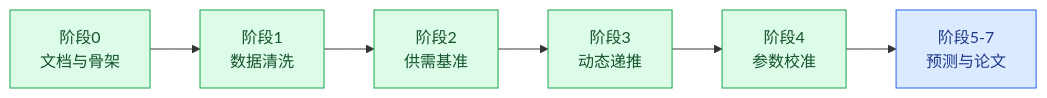
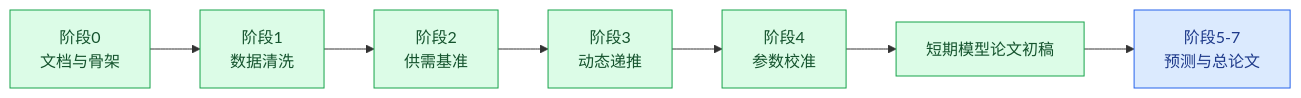
Before and after one commit to Timcai06/-A-: the diagram in docs/00_文档导航.md, drawn with Mermaid. The commit also changed other lines of this file and 13 other files, not shown here.

````diff
--- a/docs/00_文档导航.md
+++ b/docs/00_文档导航.md
@@ -45,18 +47,20 @@
 ```mermaid
 flowchart LR
     A["阶段0<br/>文档与骨架"] --> B["阶段1<br/>数据清洗"]
     B --> C["阶段2<br/>供需基准"]
     C --> D["阶段3<br/>动态递推"]
     D --> E["阶段4<br/>参数校准"]
-    E --> F["阶段5-7<br/>预测与论文"]
+    E --> P0["短期模型论文初稿"]
+    P0 --> F["阶段5-7<br/>预测与总论文"]
 
     A:::done
     B:::done
     C:::done
     D:::done
     E:::done
+    P0:::done
     F:::next
 
     classDef done fill:#dcfce7,stroke:#16a34a,color:#14532d
     classDef next fill:#dbeafe,stroke:#2563eb,color:#1e3a8a
 ```
````
